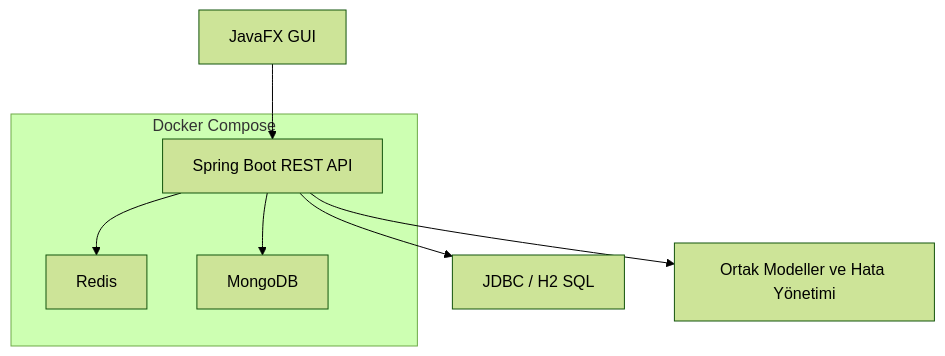
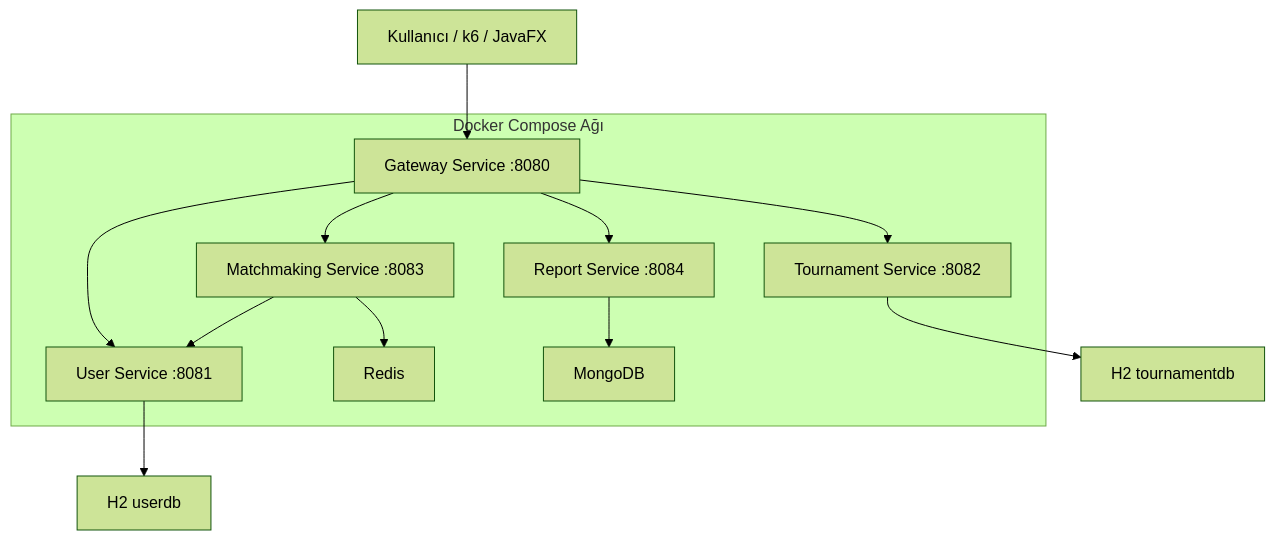
One commit to taha907/multi-db-backend-api changed the diagram in docs/ARCHITECTURE.md. Above: the diagram before and after it, drawn with Mermaid (forest theme). The commit also changed other lines of this file and 83 other files, not shown here.

````diff
--- a/docs/ARCHITECTURE.md
+++ b/docs/ARCHITECTURE.md
@@ -3,14 +5,25 @@
 ```mermaid
 flowchart TB
-    GUI["JavaFX GUI"] --> API["Spring Boot REST API"]
-    API --> JDBC["JDBC / H2 SQL"]
-    API --> REDIS["Redis"]
-    API --> MONGO["MongoDB"]
-    API --> COMMON["Ortak Modeller ve Hata Yönetimi"]
+    CLIENT["Kullanıcı / k6 / JavaFX"] --> GATEWAY["Gateway Service :8080"]
 
-    subgraph DOCKER["Docker Compose"]
-      API
+    GATEWAY --> USER["User Service :8081"]
+    GATEWAY --> TOURNAMENT["Tournament Service :8082"]
+    GATEWAY --> MATCH["Matchmaking Service :8083"]
+    GATEWAY --> REPORT["Report Service :8084"]
+
+    MATCH --> USER
+    USER --> USERDB["H2 userdb"]
+    TOURNAMENT --> TOURNAMENTDB["H2 tournamentdb"]
+    MATCH --> REDIS["Redis"]
+    REPORT --> MONGO["MongoDB"]
+
+    subgraph DOCKER["Docker Compose Ağı"]
+      GATEWAY
+      USER
+      TOURNAMENT
+      MATCH
+      REPORT
       REDIS
       MONGO
     end
 ```
````
